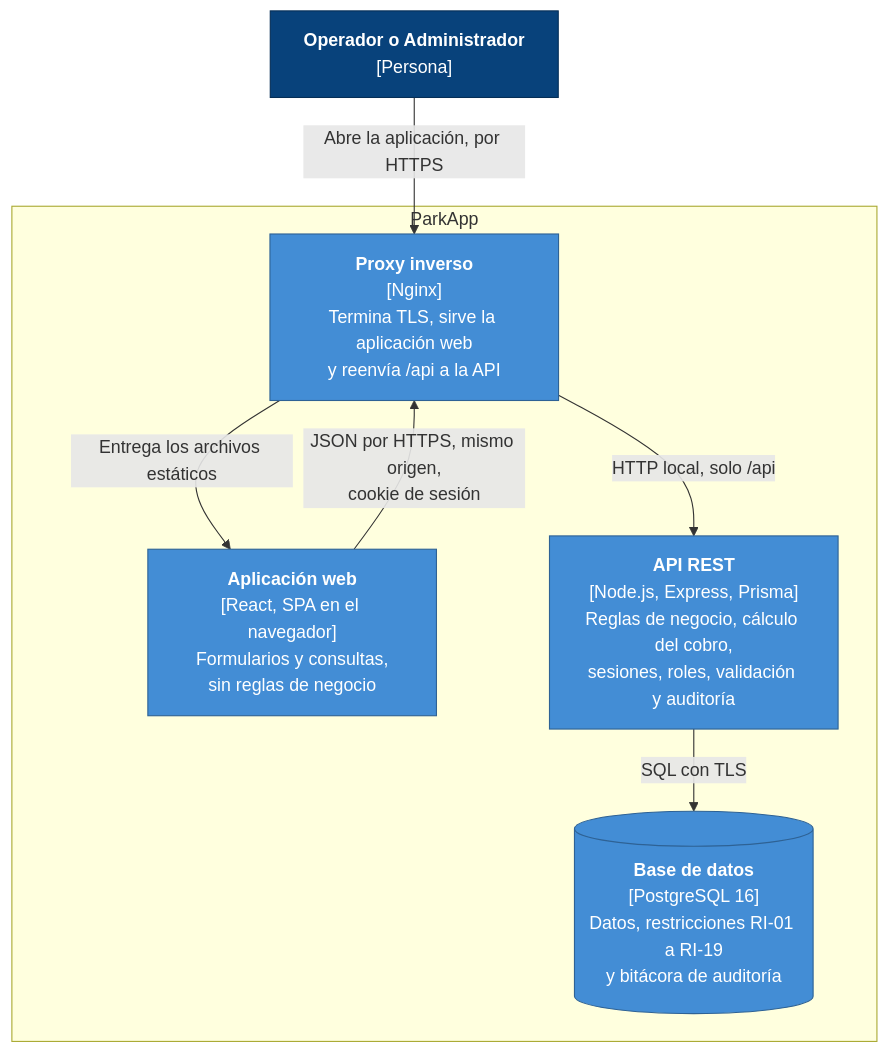
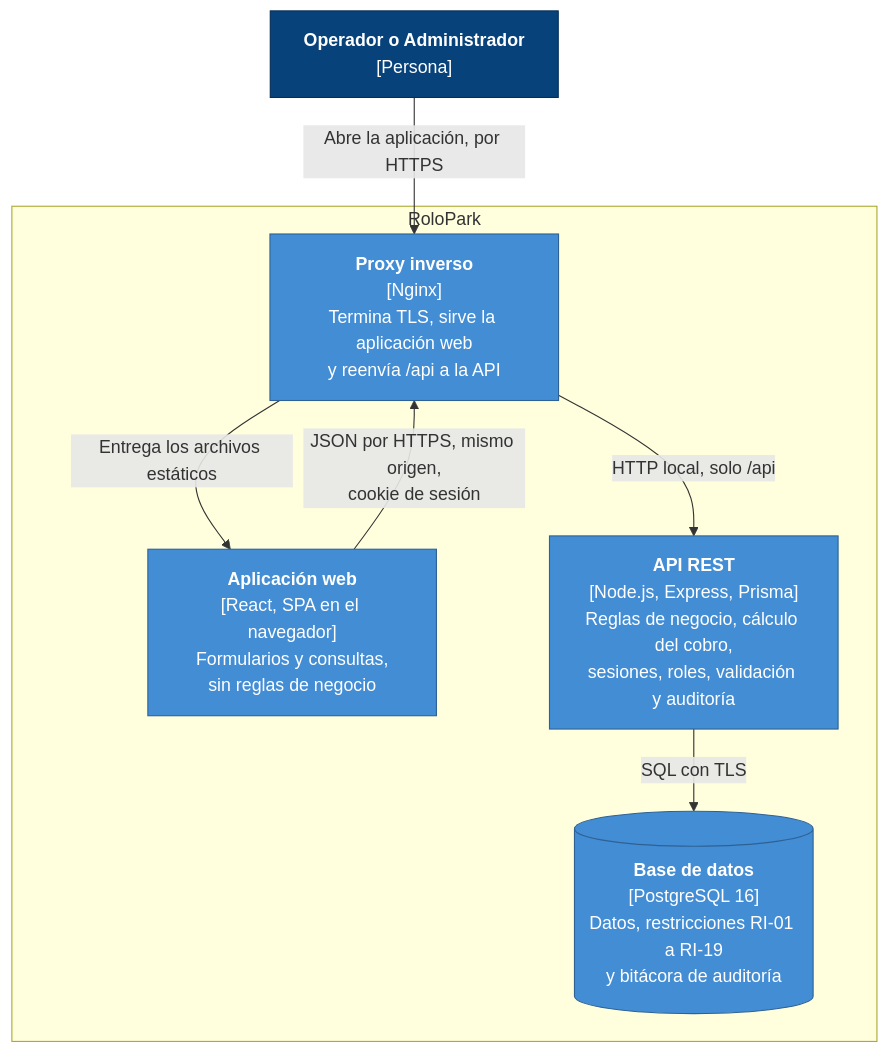
The second of 5 diagrams in docs/arquitectura.md (wrafael91/parkapp), drawn with Mermaid before and after one commit. The commit also changed other lines of this file and 5 other files, not shown here.

First line of the commit message:
docs: rename the product to RoloPark and add ADR 0010 (#71) (#89)

````diff
--- a/docs/arquitectura.md
+++ b/docs/arquitectura.md
@@ -68,24 +72,24 @@
 ```mermaid
 flowchart TB
     usuario["<b>Operador o Administrador</b><br/>[Persona]"]
 
-    subgraph parkapp["ParkApp"]
+    subgraph parkapp["RoloPark"]
         proxy["<b>Proxy inverso</b><br/>[Nginx]<br/>Termina TLS, sirve la aplicación web<br/>y reenvía /api a la API"]
         spa["<b>Aplicación web</b><br/>[React, SPA en el navegador]<br/>Formularios y consultas,<br/>sin reglas de negocio"]
         api["<b>API REST</b><br/>[Node.js, Express, Prisma]<br/>Reglas de negocio, cálculo del cobro,<br/>sesiones, roles, validación y auditoría"]
         db[("<b>Base de datos</b><br/>[PostgreSQL 16]<br/>Datos, restricciones RI-01 a RI-19<br/>y bitácora de auditoría")]
     end
 
     usuario -- "Abre la aplicación, por HTTPS" --> proxy
     proxy -- "Entrega los archivos estáticos" --> spa
     spa -- "JSON por HTTPS, mismo origen,<br/>cookie de sesión" --> proxy
     proxy -- "HTTP local, solo /api" --> api
     api -- "SQL con TLS" --> db
 
     classDef persona fill:#08427b,stroke:#052e56,color:#ffffff
     classDef contenedor fill:#438dd5,stroke:#2e6295,color:#ffffff
     classDef datos fill:#438dd5,stroke:#2e6295,color:#ffffff
     class usuario persona
     class proxy,spa,api contenedor
     class db datos
 ```
````
